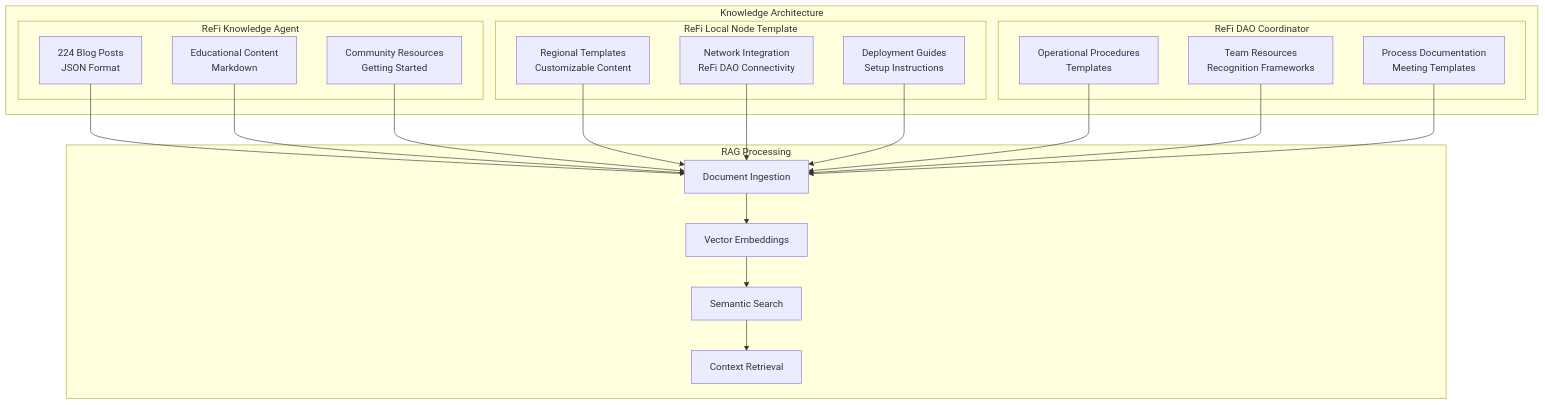
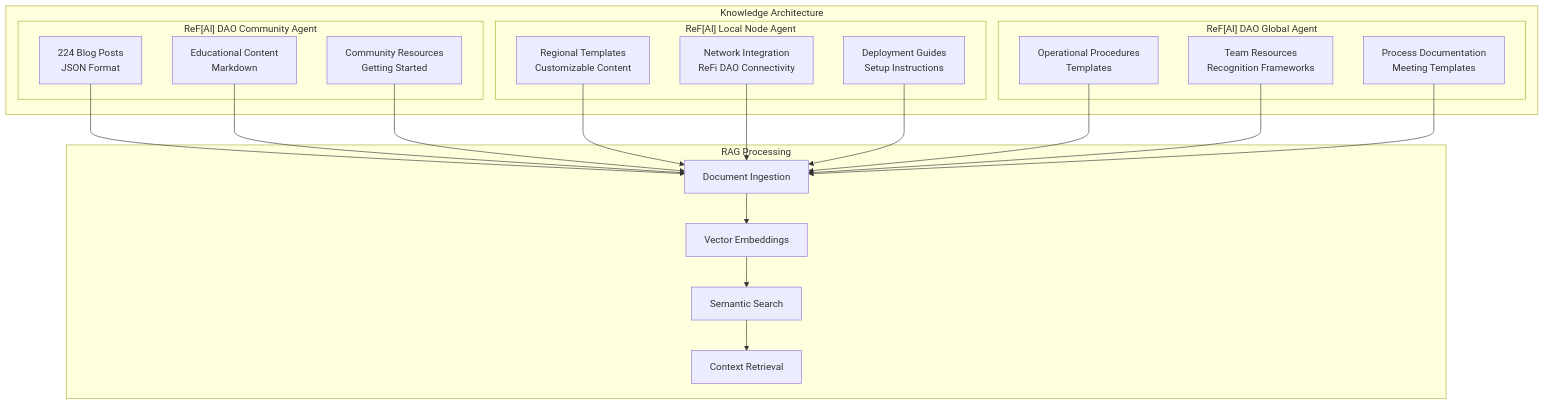
Before and after one commit to ReFiDAO/regen_eliza-refi_dao: the tenth of 10 diagrams in README_full.md, drawn with Mermaid. The commit also changed other lines of this file and 19 other files, not shown here.

First line of the commit message:
feat: Update agent branding to ReF[AI] and split practical capability diagrams

````diff
--- a/README_full.md
+++ b/README_full.md
@@ -695,43 +695,43 @@
 ```mermaid
 graph TB
     subgraph "Knowledge Architecture"
-        subgraph "ReFi Knowledge Agent"
+        subgraph "ReF[AI] DAO Community Agent"
             KB1[224 Blog Posts<br/>JSON Format]
             KB2[Educational Content<br/>Markdown]
             KB3[Community Resources<br/>Getting Started]
         end
         
-        subgraph "ReFi Local Node Template"
+        subgraph "ReF[AI] Local Node Agent"
             KB4[Regional Templates<br/>Customizable Content]
             KB5[Network Integration<br/>ReFi DAO Connectivity]
             KB6[Deployment Guides<br/>Setup Instructions]
         end
         
-        subgraph "ReFi DAO Coordinator"
+        subgraph "ReF[AI] DAO Global Agent"
             KB7[Operational Procedures<br/>Templates]
             KB8[Team Resources<br/>Recognition Frameworks]
             KB9[Process Documentation<br/>Meeting Templates]
         end
     end
     
     subgraph "RAG Processing"
         RP1[Document Ingestion]
         RP2[Vector Embeddings]
         RP3[Semantic Search]
         RP4[Context Retrieval]
     end
     
     KB1 --> RP1
     KB2 --> RP1
     KB3 --> RP1
     KB4 --> RP1
     KB5 --> RP1
     KB6 --> RP1
     KB7 --> RP1
     KB8 --> RP1
     KB9 --> RP1
     
     RP1 --> RP2
     RP2 --> RP3
     RP3 --> RP4
 ```
````
